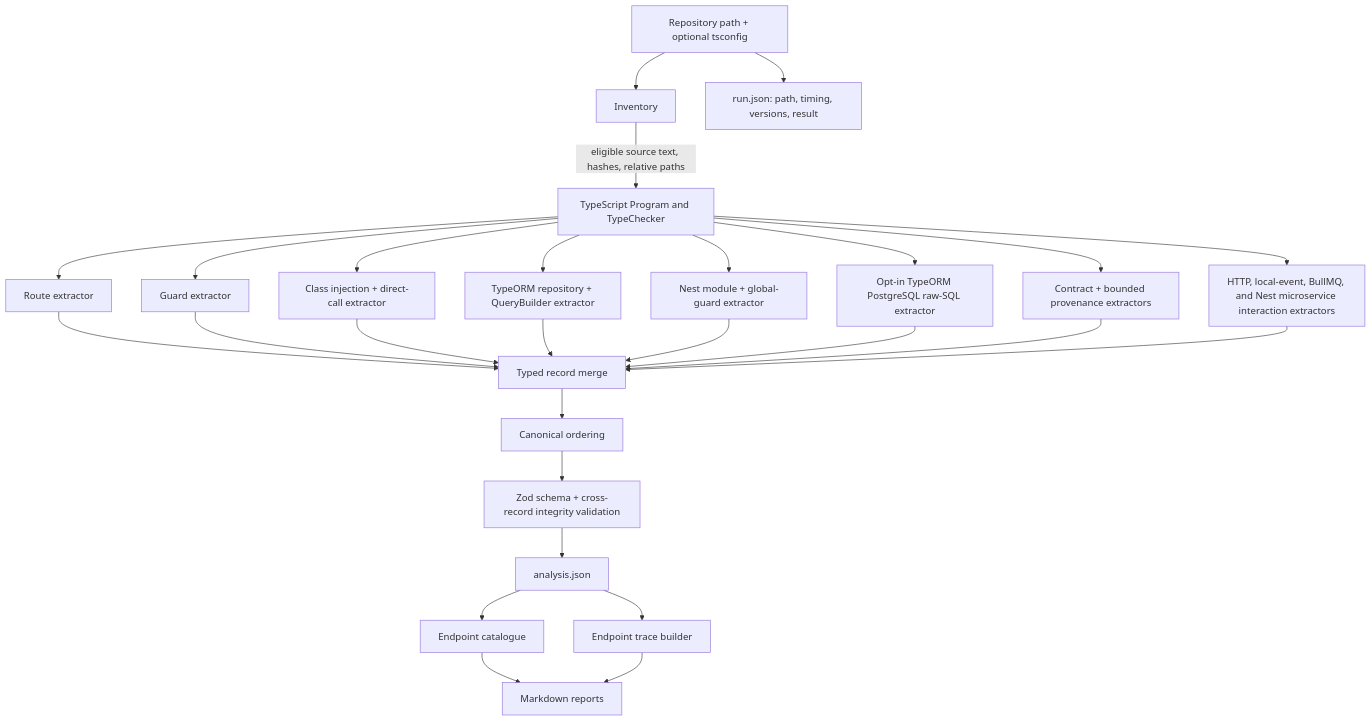
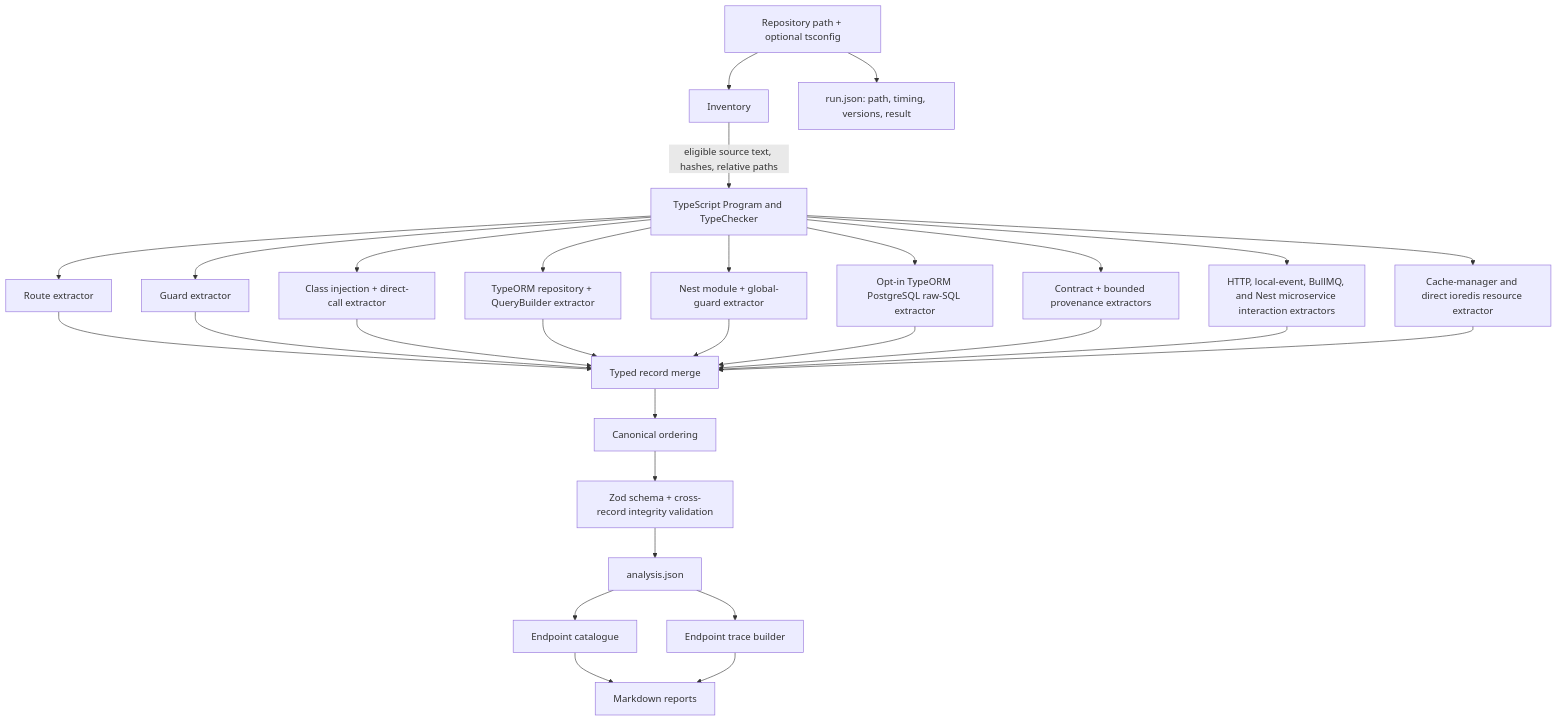
One commit to fakrulauzaie/nestjs-api-intelligence-engine changed the first of 3 diagrams in docs/architecture.md. Above: the diagram before and after it, drawn with Mermaid. The commit also changed other lines of this file and 107 other files, not shown here.

````diff
--- a/docs/architecture.md
+++ b/docs/architecture.md
@@ -5,29 +5,31 @@
 ```mermaid
 flowchart TD
   R["Repository path + optional tsconfig"] --> I["Inventory"]
   I -->|"eligible source text, hashes, relative paths"| P["TypeScript Program and TypeChecker"]
   P --> X1["Route extractor"]
   P --> X2["Guard extractor"]
   P --> X3["Class injection + direct-call extractor"]
   P --> X4["TypeORM repository + QueryBuilder extractor"]
   P --> X5["Nest module + global-guard extractor"]
   P --> X6["Opt-in TypeORM PostgreSQL raw-SQL extractor"]
   P --> X7["Contract + bounded provenance extractors"]
   P --> X8["HTTP, local-event, BullMQ, and Nest microservice interaction extractors"]
+  P --> X9["Cache-manager and direct ioredis resource extractor"]
   X1 --> M["Typed record merge"]
   X2 --> M
   X3 --> M
   X4 --> M
   X5 --> M
   X6 --> M
   X7 --> M
   X8 --> M
+  X9 --> M
   M --> C["Canonical ordering"]
   C --> V["Zod schema + cross-record integrity validation"]
   V --> A["analysis.json"]
   A --> Q1["Endpoint catalogue"]
   A --> Q2["Endpoint trace builder"]
   Q1 --> MD["Markdown reports"]
   Q2 --> MD
   R --> RUN["run.json: path, timing, versions, result"]
 ```
````
